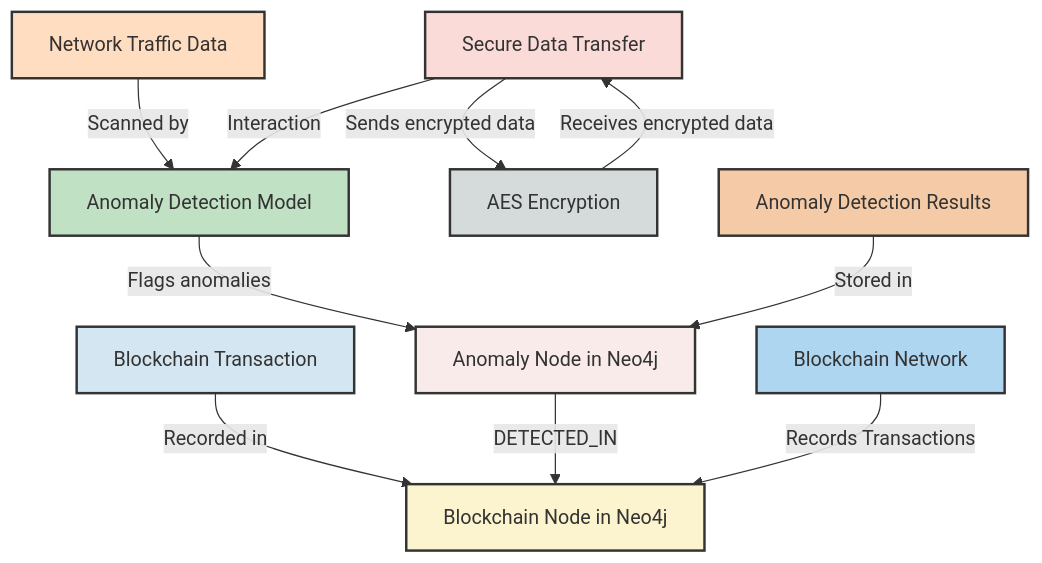
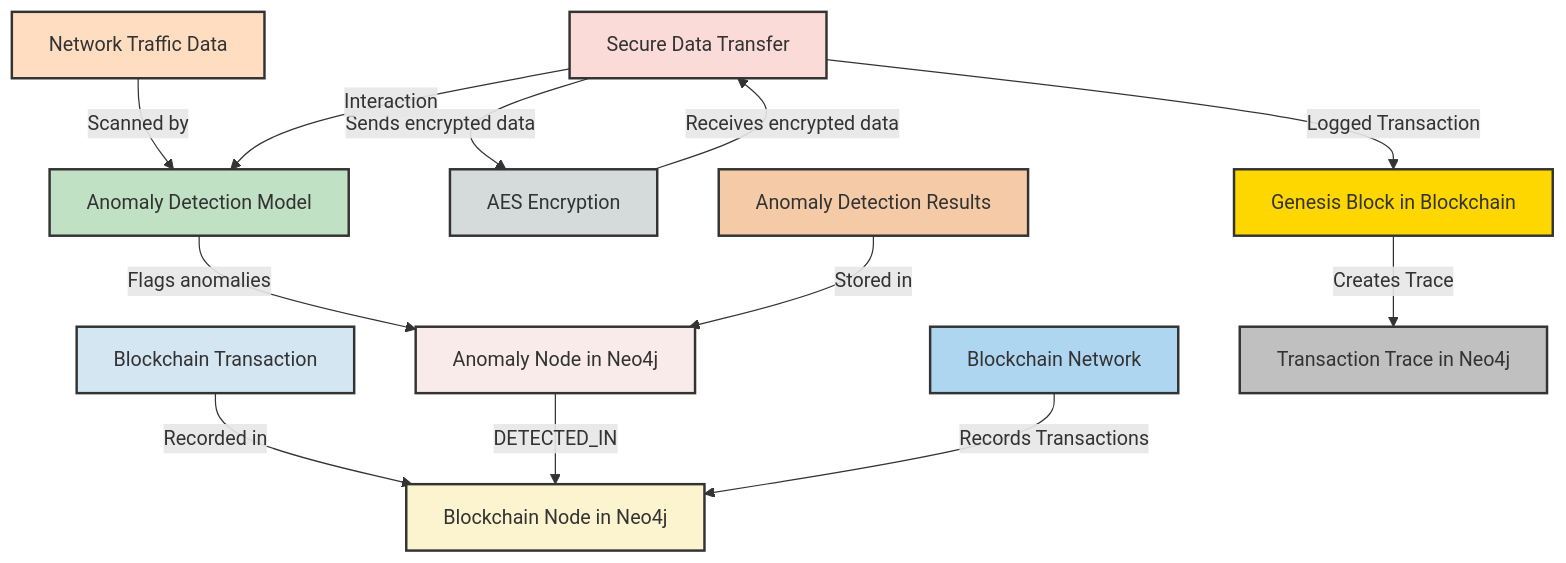
The diagram in README.md (taimax13/Chagu), drawn with Mermaid before and after one commit.

````diff
--- a/README.md
+++ b/README.md
@@ -4,25 +4,28 @@
 ```mermaid
 graph TD
     A[Network Traffic Data] --> |Scanned by| B[Anomaly Detection Model]
     B --> |Flags anomalies| C[Anomaly Node in Neo4j]
     D[Blockchain Transaction] --> |Recorded in| E[Blockchain Node in Neo4j]
     C --> |DETECTED_IN| E
     F[Secure Data Transfer] --> |Sends encrypted data| G[AES Encryption]
     G --> |Receives encrypted data| F
     H[Blockchain Network] --> |Records Transactions| E
     I[Anomaly Detection Results] --> |Stored in| C
     F --> |Interaction| B
+    F --> |Logged Transaction| J[Genesis Block in Blockchain]
+    J --> |Creates Trace| K[Transaction Trace in Neo4j]
 
     %% Define colors
     style A fill:#FFDDC1,stroke:#333,stroke-width:2px,color:#333;
     style B fill:#C1E1C5,stroke:#333,stroke-width:2px,color:#333;
     style C fill:#F9EBEA,stroke:#333,stroke-width:2px,color:#333;
     style D fill:#D4E6F1,stroke:#333,stroke-width:2px,color:#333;
     style E fill:#FCF3CF,stroke:#333,stroke-width:2px,color:#333;
     style F fill:#FADBD8,stroke:#333,stroke-width:2px,color:#333;
     style G fill:#D5DBDB,stroke:#333,stroke-width:2px,color:#333;
     style H fill:#AED6F1,stroke:#333,stroke-width:2px,color:#333;
     style I fill:#F5CBA7,stroke:#333,stroke-width:2px,color:#333;
-
+    style J fill:#FFD700,stroke:#333,stroke-width:2px,color:#333;  %% Genesis Block - Gold
+    style K fill:#C0C0C0,stroke:#333,stroke-width:2px,color:#333;  %% Transaction Trace - Silver
 
 ```
````
